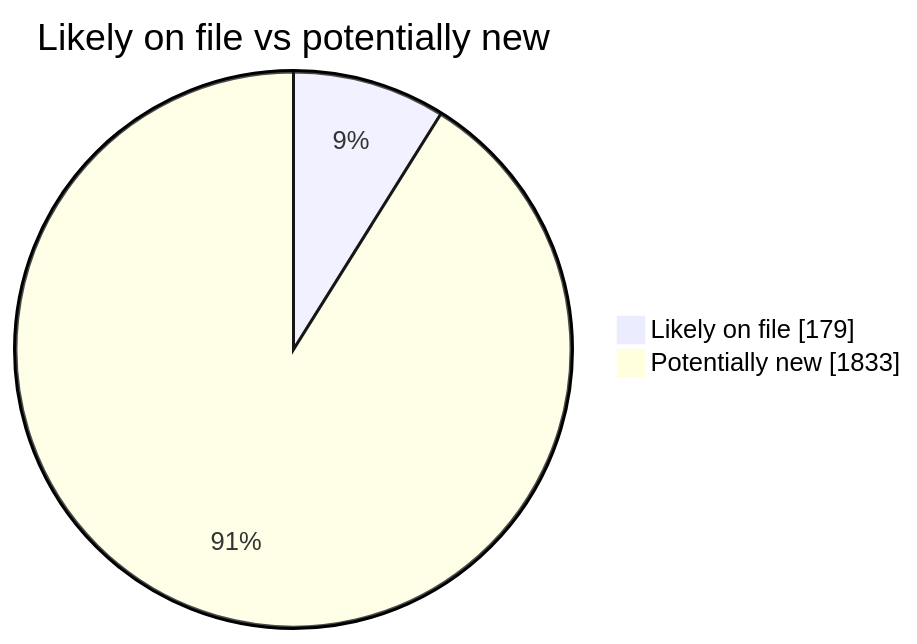
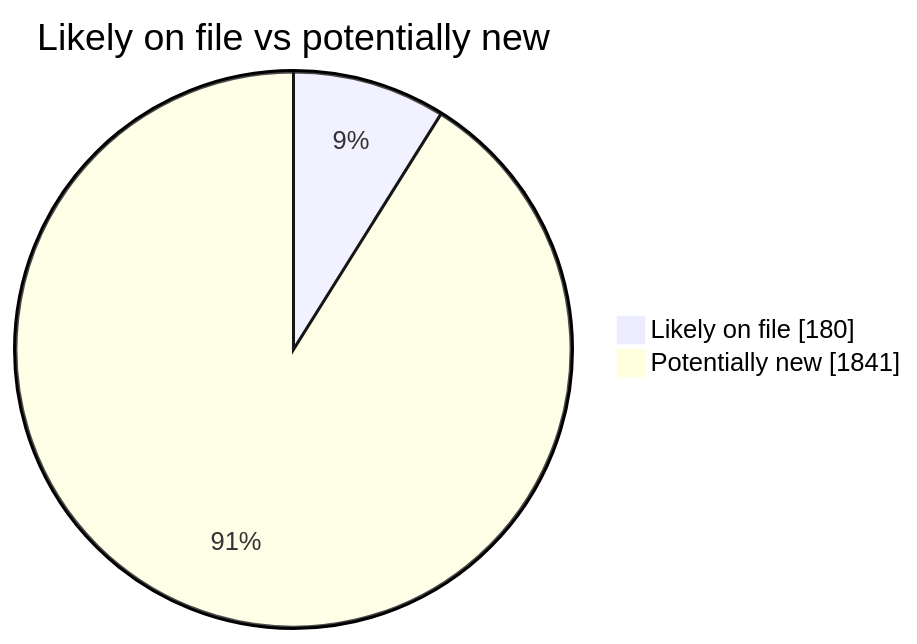
One commit to martinbalfanz/social-scanner-reports changed the second of 4 diagrams in README.md. Above: the diagram before and after it, drawn with Mermaid. The commit also changed other lines of this file and 4 other files, not shown here.

````diff
--- a/README.md
+++ b/README.md
@@ -40,5 +40,5 @@
 ```mermaid
 pie showData title Likely on file vs potentially new
-    "Likely on file" : 179
-    "Potentially new" : 1833
+    "Likely on file" : 180
+    "Potentially new" : 1841
 ```
````
